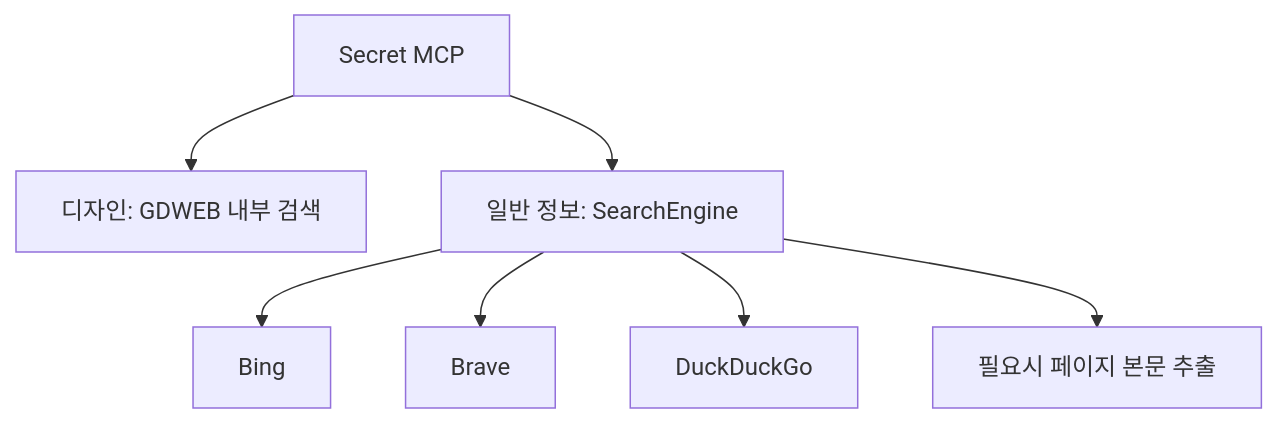
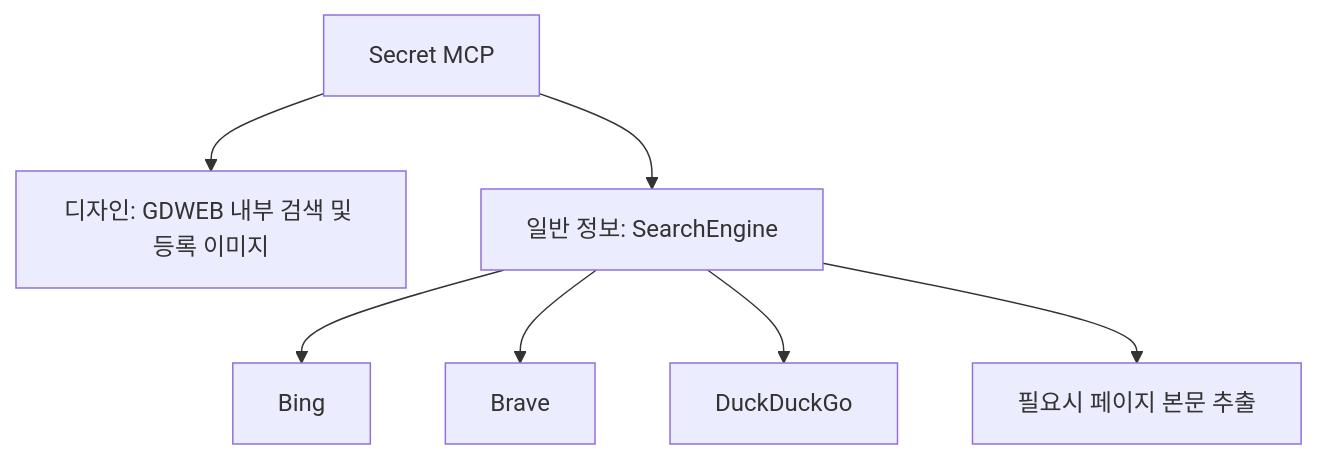
Before and after one commit to yyeongjin/secret_mcp: the second of 2 diagrams in README.md, drawn with Mermaid. The commit also changed other lines of this file and 4 other files, not shown here.

````diff
--- a/README.md
+++ b/README.md
@@ -97,9 +150,9 @@
 ```mermaid
 flowchart TD
-    MCP["Secret MCP"] --> GDWEB["디자인: GDWEB 내부 검색"]
+    MCP["Secret MCP"] --> GDWEB["디자인: GDWEB 내부 검색 및 등록 이미지"]
     MCP --> General["일반 정보: SearchEngine"]
     General --> Bing["Bing"]
     General --> Brave["Brave"]
     General --> DDG["DuckDuckGo"]
     General --> Extractor["필요시 페이지 본문 추출"]
 ```
````
